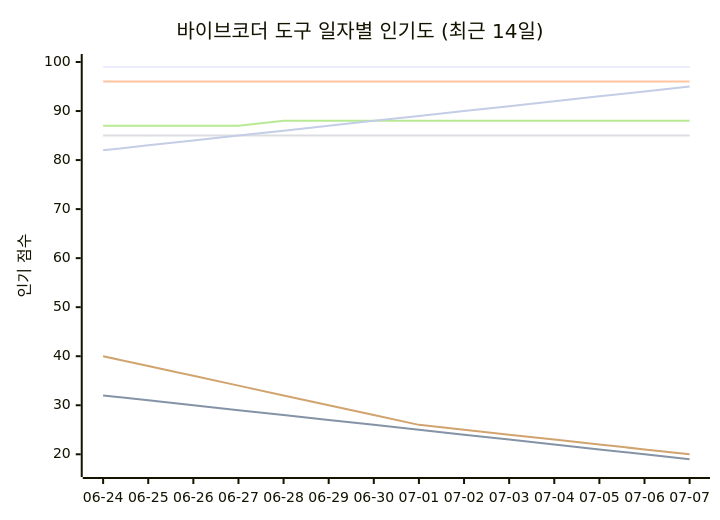
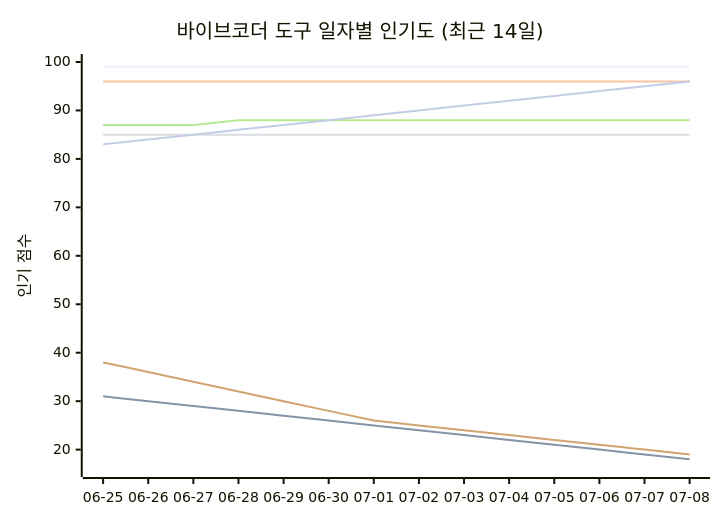
One commit to tykimos/ai-whatchelin changed the seventh of 11 diagrams in README_ko.md. Above: the diagram before and after it, drawn with Mermaid. The commit also changed other lines of this file and 4 other files, not shown here.

````diff
--- a/README_ko.md
+++ b/README_ko.md
@@ -1860,13 +1869,13 @@
 ```mermaid
 xychart-beta
     title "바이브코더 도구 일자별 인기도 (최근 14일)"
-    x-axis ["06-24", "06-25", "06-26", "06-27", "06-28", "06-29", "06-30", "07-01", "07-02", "07-03", "07-04", "07-05", "07-06", "07-07"]
-    y-axis "인기 점수" 17 --> 100
+    x-axis ["06-25", "06-26", "06-27", "06-28", "06-29", "06-30", "07-01", "07-02", "07-03", "07-04", "07-05", "07-06", "07-07", "07-08"]
+    y-axis "인기 점수" 16 --> 100
     line "Claude Code" [99, 99, 99, 99, 99, 99, 99, 99, 99, 99, 99, 99, 99, 99]
-    line "GH Copilot" [32, 31, 30, 29, 28, 27, 26, 25, 24, 23, 22, 21, 20, 19]
+    line "GH Copilot" [31, 30, 29, 28, 27, 26, 25, 24, 23, 22, 21, 20, 19, 18]
     line "Cursor" [96, 96, 96, 96, 96, 96, 96, 96, 96, 96, 96, 96, 96, 96]
     line "Windsurf" [85, 85, 85, 85, 85, 85, 85, 85, 85, 85, 85, 85, 85, 85]
-    line "Codex CLI" [87, 87, 87, 87, 88, 88, 88, 88, 88, 88, 88, 88, 88, 88]
-    line "Gemini CLI" [40, 38, 36, 34, 32, 30, 28, 26, 25, 24, 23, 22, 21, 20]
-    line "Antigravity" [82, 83, 84, 85, 86, 87, 88, 89, 90, 91, 92, 93, 94, 95]
+    line "Codex CLI" [87, 87, 87, 88, 88, 88, 88, 88, 88, 88, 88, 88, 88, 88]
+    line "Gemini CLI" [38, 36, 34, 32, 30, 28, 26, 25, 24, 23, 22, 21, 20, 19]
+    line "Antigravity" [83, 84, 85, 86, 87, 88, 89, 90, 91, 92, 93, 94, 95, 96]
 ```
````
